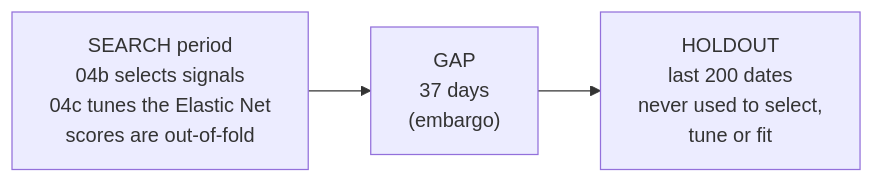
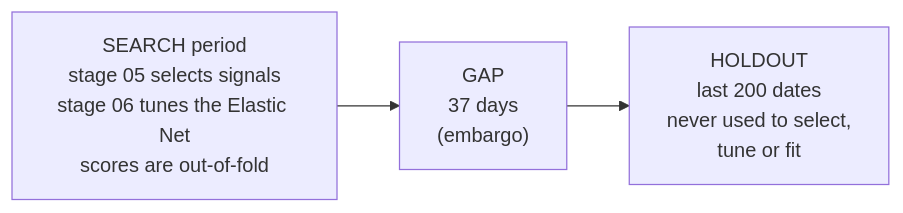
One commit to qlemoal/quant_alpha_lab changed the third of 12 diagrams in README.md. Above: the diagram before and after it, drawn with Mermaid. The commit also changed other lines of this file and 10 other files, not shown here.

````diff
--- a/README.md
+++ b/README.md
@@ -116,4 +109,4 @@
 ```mermaid
 flowchart LR
-    S["SEARCH period<br/>04b selects signals<br/>04c tunes the Elastic Net<br/>scores are out-of-fold"] --> G["GAP<br/>37 days<br/>(embargo)"] --> H["HOLDOUT<br/>last 200 dates<br/>never used to select,<br/>tune or fit"]
+    S["SEARCH period<br/>stage 05 selects signals<br/>stage 06 tunes the Elastic Net<br/>scores are out-of-fold"] --> G["GAP<br/>37 days<br/>(embargo)"] --> H["HOLDOUT<br/>last 200 dates<br/>never used to select,<br/>tune or fit"]
 ```
````
